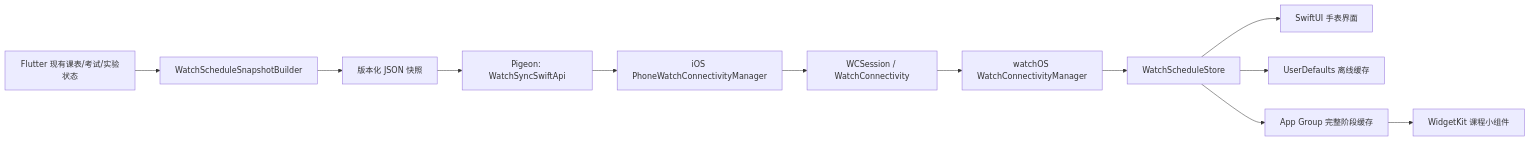
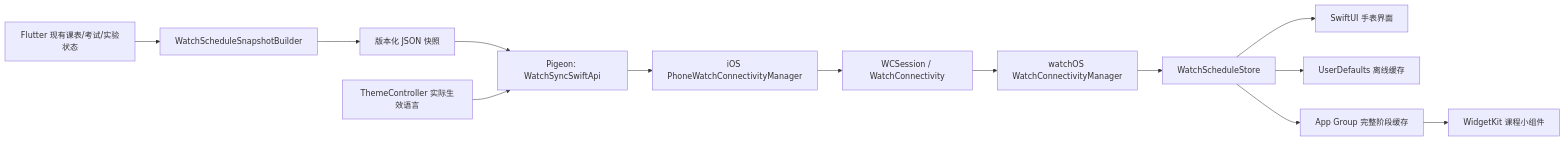
One commit to BenderBlog/traintime_pda changed the first of 3 diagrams in docs/apple_watch_technical_overview.md. Above: the diagram before and after it, drawn with Mermaid. The commit also changed other lines of this file, not shown here.

````diff
--- a/docs/apple_watch_technical_overview.md
+++ b/docs/apple_watch_technical_overview.md
@@ -18,14 +19,15 @@
 ```mermaid
 flowchart LR
     A["Flutter 现有课表/考试/实验状态"] --> B["WatchScheduleSnapshotBuilder"]
     B --> C["版本化 JSON 快照"]
     C --> D["Pigeon: WatchSyncSwiftApi"]
+    A2["ThemeController 实际生效语言"] --> D
     D --> E["iOS PhoneWatchConnectivityManager"]
     E --> F["WCSession / WatchConnectivity"]
     F --> G["watchOS WatchConnectivityManager"]
     G --> H["WatchScheduleStore"]
     H --> I["SwiftUI 手表界面"]
     H --> J["UserDefaults 离线缓存"]
     H --> K["App Group 完整阶段缓存"]
     K --> L["WidgetKit 课程小组件"]
 ```
````
